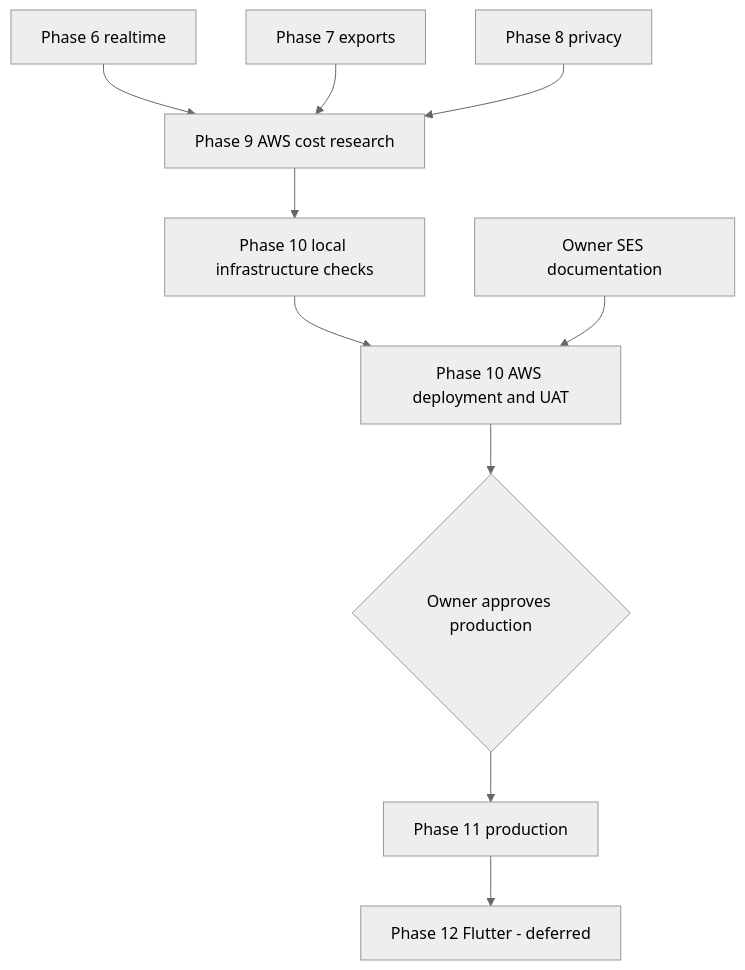
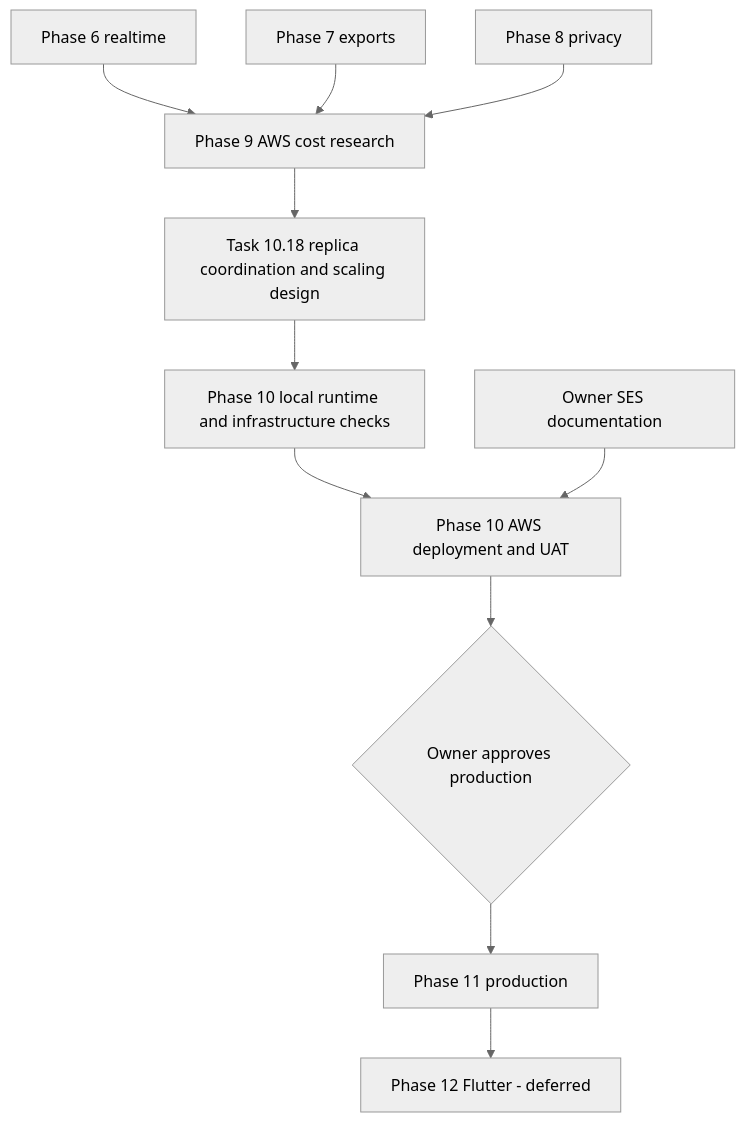
Before and after one commit to dannyota/aboutme: the diagram in docs/plans/implementation-plan.md, drawn with Mermaid (neutral theme). The commit also changed other lines of this file and 52 other files, not shown here.

````diff
--- a/docs/plans/implementation-plan.md
+++ b/docs/plans/implementation-plan.md
@@ -88,12 +92,13 @@
 ```mermaid
 graph TD
     P6[Phase 6 realtime] --> P9[Phase 9 AWS cost research]
     P7[Phase 7 exports] --> P9
     P8[Phase 8 privacy] --> P9
-    P9 --> PREP[Phase 10 local infrastructure checks]
+    P9 --> SCALE[Task 10.18 replica coordination and scaling design]
+    SCALE --> PREP[Phase 10 local runtime and infrastructure checks]
     PREP --> UAT[Phase 10 AWS deployment and UAT]
     SES[Owner SES documentation] --> UAT
     UAT --> LAUNCH{Owner approves production}
     LAUNCH --> P11[Phase 11 production]
     P11 --> P12[Phase 12 Flutter - deferred]
 ```
````
